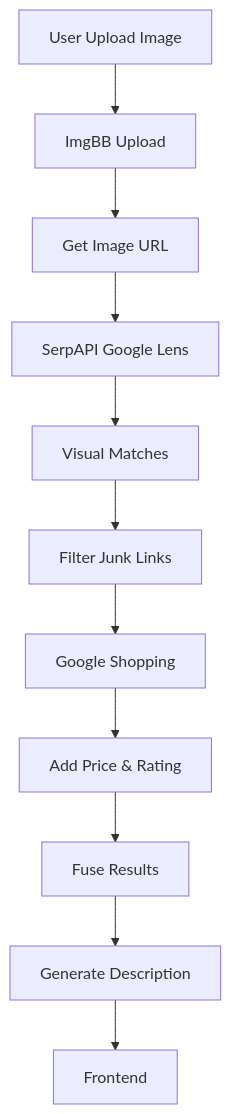
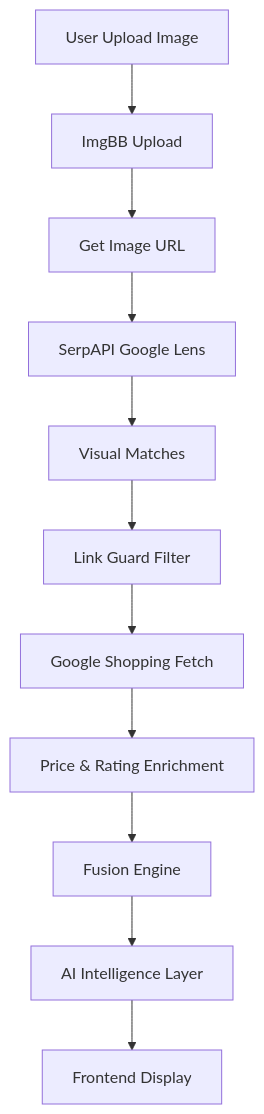
The second of 2 diagrams in ARCHITECTURE.md (shahrozebaig/ShopSight-AI), drawn with Mermaid before and after one commit. The commit also changed other lines of this file and 2 other files, not shown here.

````diff
--- a/ARCHITECTURE.md
+++ b/ARCHITECTURE.md
@@ -15,13 +117,14 @@
 ```mermaid
 flowchart TD
+
 A[User Upload Image] --> B[ImgBB Upload]
 B --> C[Get Image URL]
 C --> D[SerpAPI Google Lens]
 D --> E[Visual Matches]
-E --> F[Filter Junk Links]
-F --> G[Google Shopping]
-G --> H[Add Price & Rating]
-H --> I[Fuse Results]
-I --> J[Generate Description]
-J --> K[Frontend]
+E --> F[Link Guard Filter]
+F --> G[Google Shopping Fetch]
+G --> H[Price & Rating Enrichment]
+H --> I[Fusion Engine]
+I --> J[AI Intelligence Layer]
+J --> K[Frontend Display]
 ```
````
